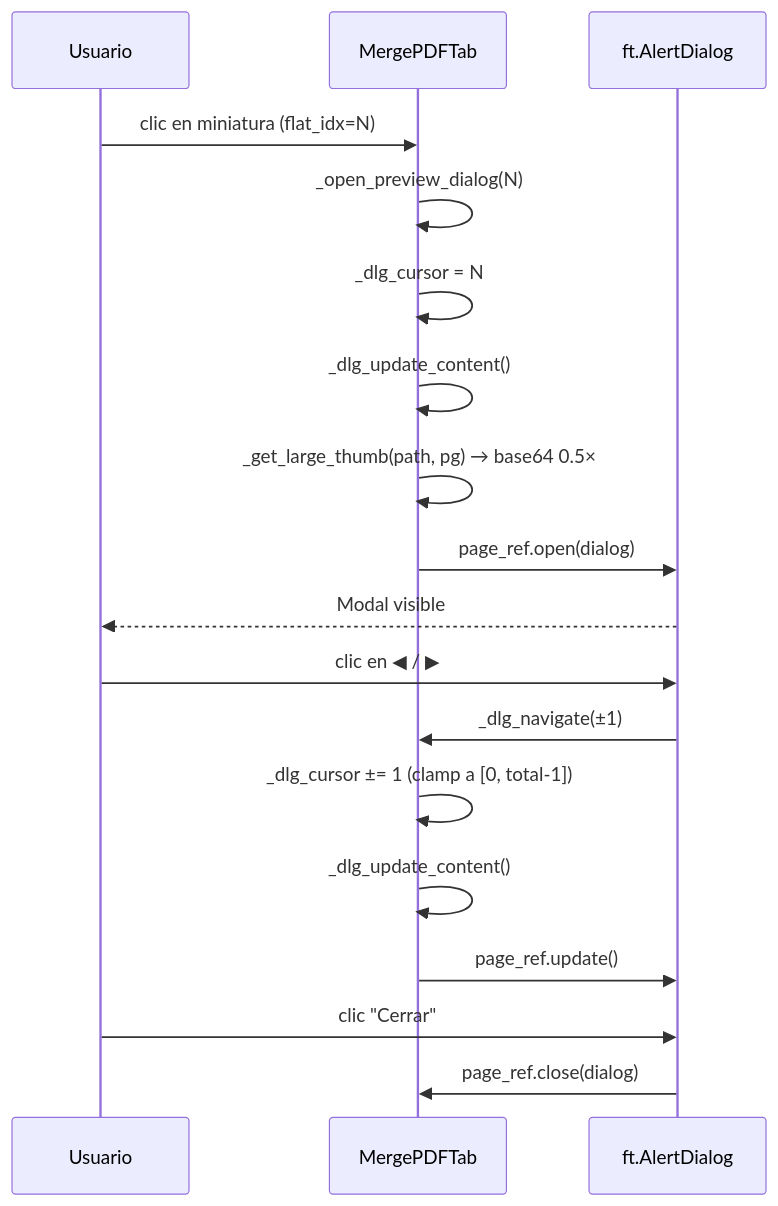
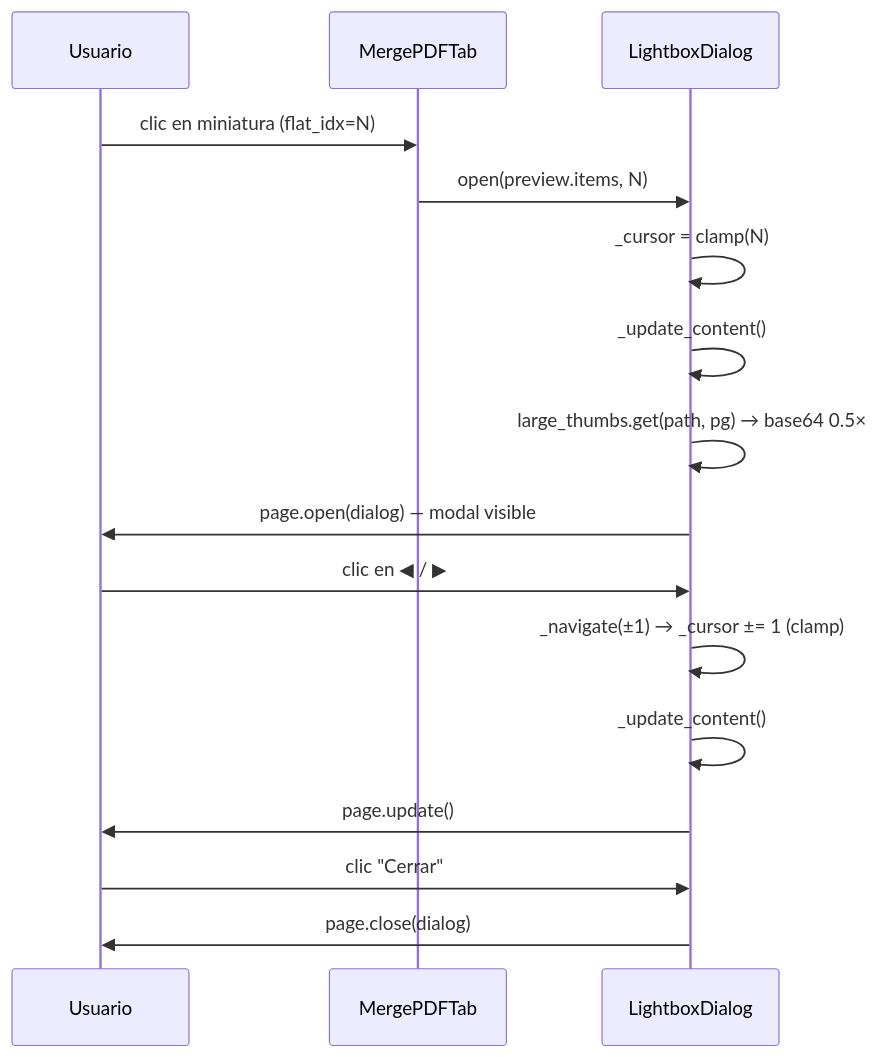
One commit to Mahynlo/pdf_manager changed the seventh of 8 diagrams in docs/combinar-pdf.md. Above: the diagram before and after it, drawn with Mermaid. The commit also changed other lines of this file and 10 other files, not shown here.

````diff
--- a/docs/combinar-pdf.md
+++ b/docs/combinar-pdf.md
@@ -216,23 +351,21 @@
 ```mermaid
 sequenceDiagram
     participant U as Usuario
     participant Tab as MergePDFTab
-    participant Dlg as ft.AlertDialog
+    participant LB as LightboxDialog
 
     U->>Tab: clic en miniatura (flat_idx=N)
-    Tab->>Tab: _open_preview_dialog(N)
-    Tab->>Tab: _dlg_cursor = N
-    Tab->>Tab: _dlg_update_content()
-    Tab->>Tab: _get_large_thumb(path, pg) → base64 0.5×
-    Tab->>Dlg: page_ref.open(dialog)
-    Dlg-->>U: Modal visible
+    Tab->>LB: open(preview.items, N)
+    LB->>LB: _cursor = clamp(N)
+    LB->>LB: _update_content()
+    LB->>LB: large_thumbs.get(path, pg) → base64 0.5×
+    LB->>U: page.open(dialog) — modal visible
 
-    U->>Dlg: clic en ◀ / ▶
-    Dlg->>Tab: _dlg_navigate(±1)
-    Tab->>Tab: _dlg_cursor ±= 1 (clamp a [0, total-1])
-    Tab->>Tab: _dlg_update_content()
-    Tab->>Dlg: page_ref.update()
+    U->>LB: clic en ◀ / ▶
+    LB->>LB: _navigate(±1) → _cursor ±= 1 (clamp)
+    LB->>LB: _update_content()
+    LB->>U: page.update()
 
-    U->>Dlg: clic "Cerrar"
-    Dlg->>Tab: page_ref.close(dialog)
+    U->>LB: clic "Cerrar"
+    LB->>U: page.close(dialog)
 ```
````
